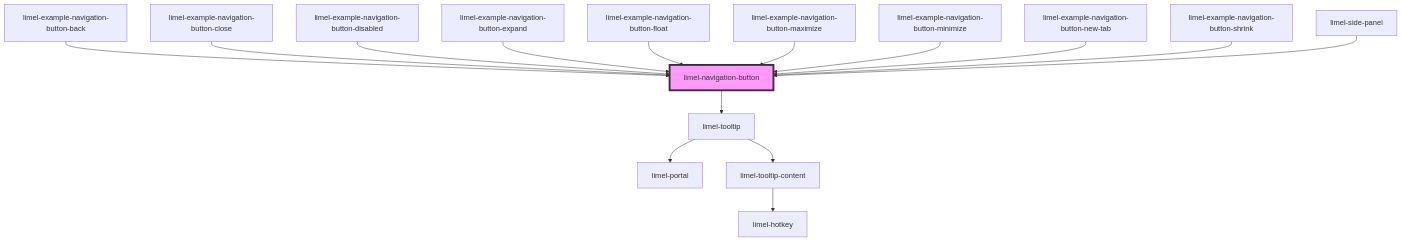
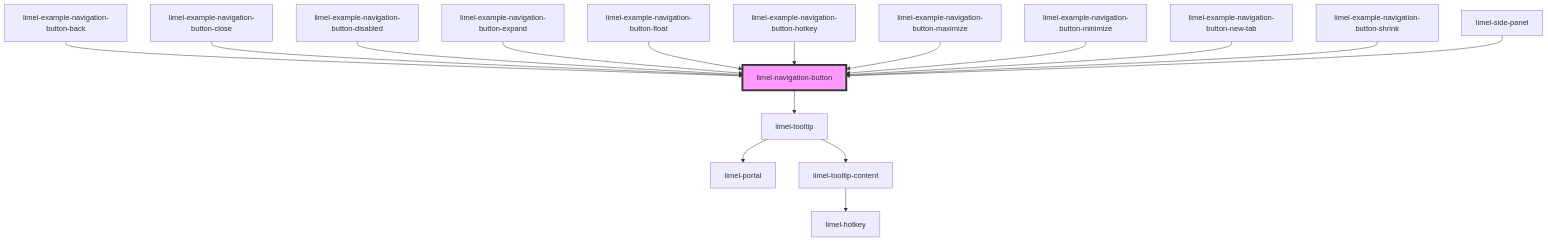
Before and after one commit to Lundalogik/lime-elements: the diagram in versions/PR-4502/markdown-docs/components/navigation-button/readme.md, drawn with Mermaid. The commit also changed other lines of this file and 632 other files, not shown here.

````diff
--- a/versions/PR-4502/markdown-docs/components/navigation-button/readme.md
+++ b/versions/PR-4502/markdown-docs/components/navigation-button/readme.md
@@ -70,18 +72,19 @@
 ```mermaid
 graph TD;
   limel-navigation-button --> limel-tooltip
   limel-tooltip --> limel-portal
   limel-tooltip --> limel-tooltip-content
   limel-tooltip-content --> limel-hotkey
   limel-example-navigation-button-back --> limel-navigation-button
   limel-example-navigation-button-close --> limel-navigation-button
   limel-example-navigation-button-disabled --> limel-navigation-button
   limel-example-navigation-button-expand --> limel-navigation-button
   limel-example-navigation-button-float --> limel-navigation-button
+  limel-example-navigation-button-hotkey --> limel-navigation-button
   limel-example-navigation-button-maximize --> limel-navigation-button
   limel-example-navigation-button-minimize --> limel-navigation-button
   limel-example-navigation-button-new-tab --> limel-navigation-button
   limel-example-navigation-button-shrink --> limel-navigation-button
   limel-side-panel --> limel-navigation-button
   style limel-navigation-button fill:#f9f,stroke:#333,stroke-width:4px
 ```
````
